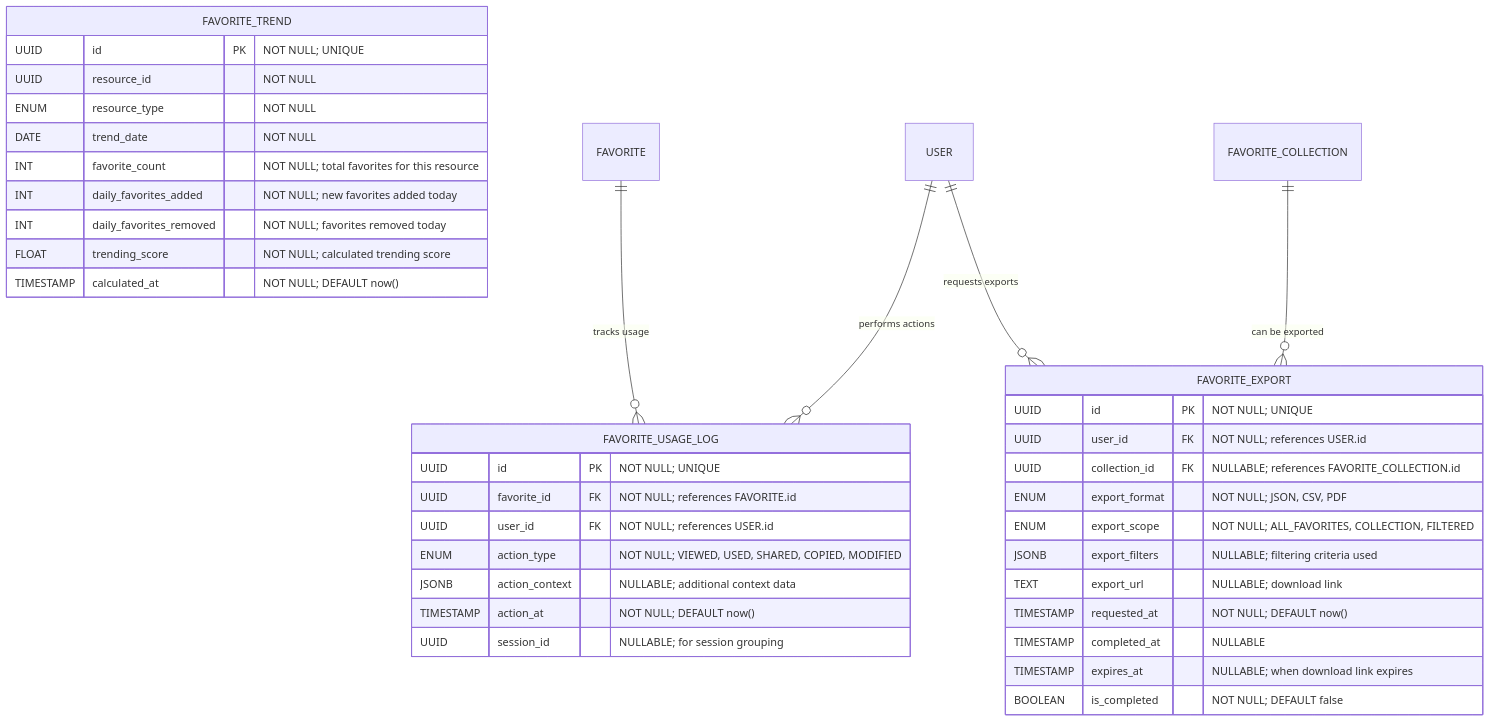
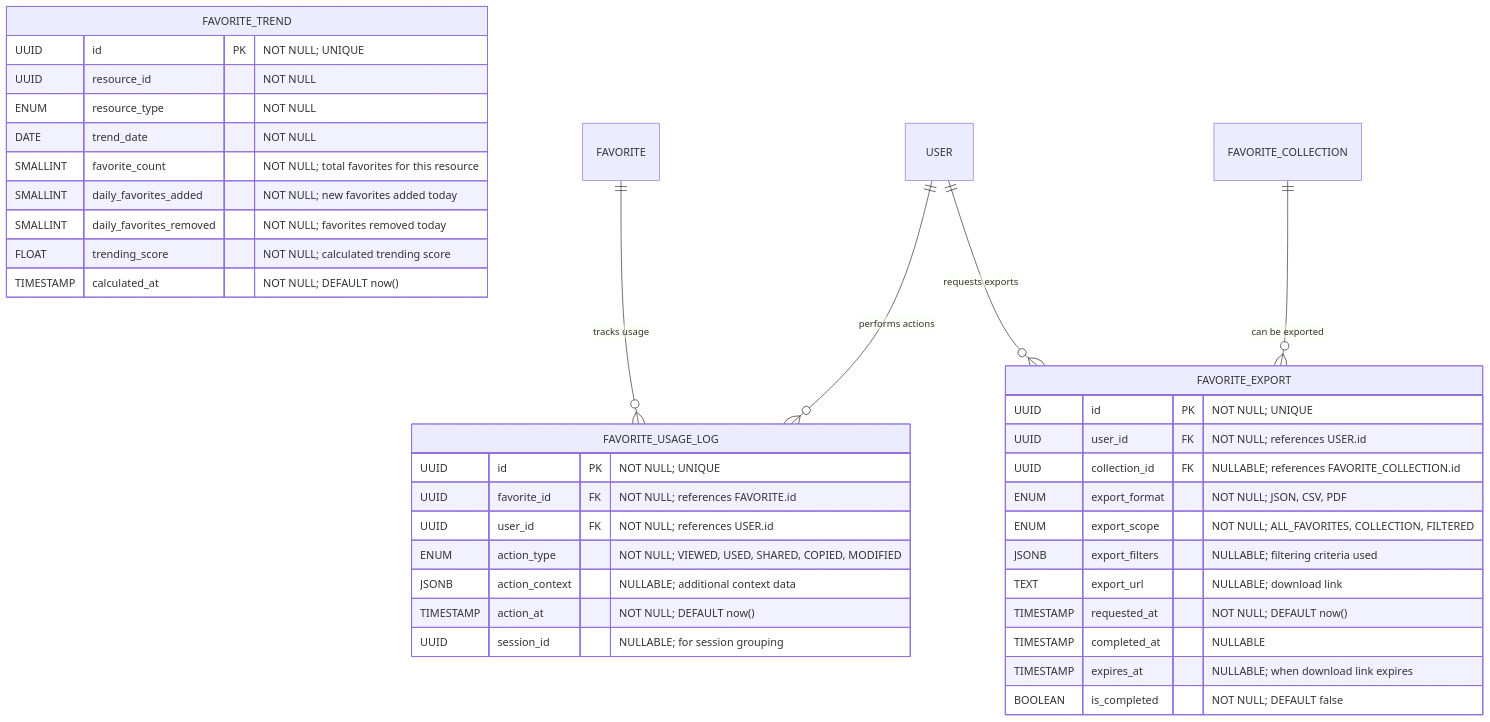
One commit to Dratharias/Motriforge changed the diagram in docs/favorite/favorite_analytics_history.md. Above: the diagram before and after it, drawn with Mermaid. The commit also changed 31 other files, not shown here.

````diff
--- a/docs/favorite/favorite_analytics_history.md
+++ b/docs/favorite/favorite_analytics_history.md
@@ -8,46 +8,46 @@
 ```mermaid
 erDiagram
   %%=== Layer 3: Favorite Analytics & History ===%%
 
   FAVORITE_USAGE_LOG {
     UUID id PK                         "NOT NULL; UNIQUE"
     UUID favorite_id FK                "NOT NULL; references FAVORITE.id"
     UUID user_id FK                    "NOT NULL; references USER.id"
     ENUM action_type                   "NOT NULL; VIEWED, USED, SHARED, COPIED, MODIFIED"
     JSONB action_context               "NULLABLE; additional context data"
     TIMESTAMP action_at                "NOT NULL; DEFAULT now()"
     UUID session_id                    "NULLABLE; for session grouping"
   }
 
   FAVORITE_TREND {
     UUID id PK                         "NOT NULL; UNIQUE"
     UUID resource_id                   "NOT NULL"
     ENUM resource_type                 "NOT NULL"
     DATE trend_date                    "NOT NULL"
-    INT favorite_count                 "NOT NULL; total favorites for this resource"
-    INT daily_favorites_added          "NOT NULL; new favorites added today"
-    INT daily_favorites_removed        "NOT NULL; favorites removed today"
+    SMALLINT favorite_count                 "NOT NULL; total favorites for this resource"
+    SMALLINT daily_favorites_added          "NOT NULL; new favorites added today"
+    SMALLINT daily_favorites_removed        "NOT NULL; favorites removed today"
     FLOAT trending_score               "NOT NULL; calculated trending score"
     TIMESTAMP calculated_at            "NOT NULL; DEFAULT now()"
   }
 
   FAVORITE_EXPORT {
     UUID id PK                         "NOT NULL; UNIQUE"
     UUID user_id FK                    "NOT NULL; references USER.id"
     UUID collection_id FK              "NULLABLE; references FAVORITE_COLLECTION.id"
     ENUM export_format                 "NOT NULL; JSON, CSV, PDF"
     ENUM export_scope                  "NOT NULL; ALL_FAVORITES, COLLECTION, FILTERED"
     JSONB export_filters               "NULLABLE; filtering criteria used"
     TEXT export_url                    "NULLABLE; download link"
     TIMESTAMP requested_at             "NOT NULL; DEFAULT now()"
     TIMESTAMP completed_at             "NULLABLE"
     TIMESTAMP expires_at               "NULLABLE; when download link expires"
     BOOLEAN is_completed               "NOT NULL; DEFAULT false"
   }
 
   %%— Relationships in Layer 3 —
   FAVORITE ||--o{ FAVORITE_USAGE_LOG  : "tracks usage"
   USER ||--o{ FAVORITE_USAGE_LOG      : "performs actions"
   USER ||--o{ FAVORITE_EXPORT         : "requests exports"
   FAVORITE_COLLECTION ||--o{ FAVORITE_EXPORT : "can be exported"
 ```
````
